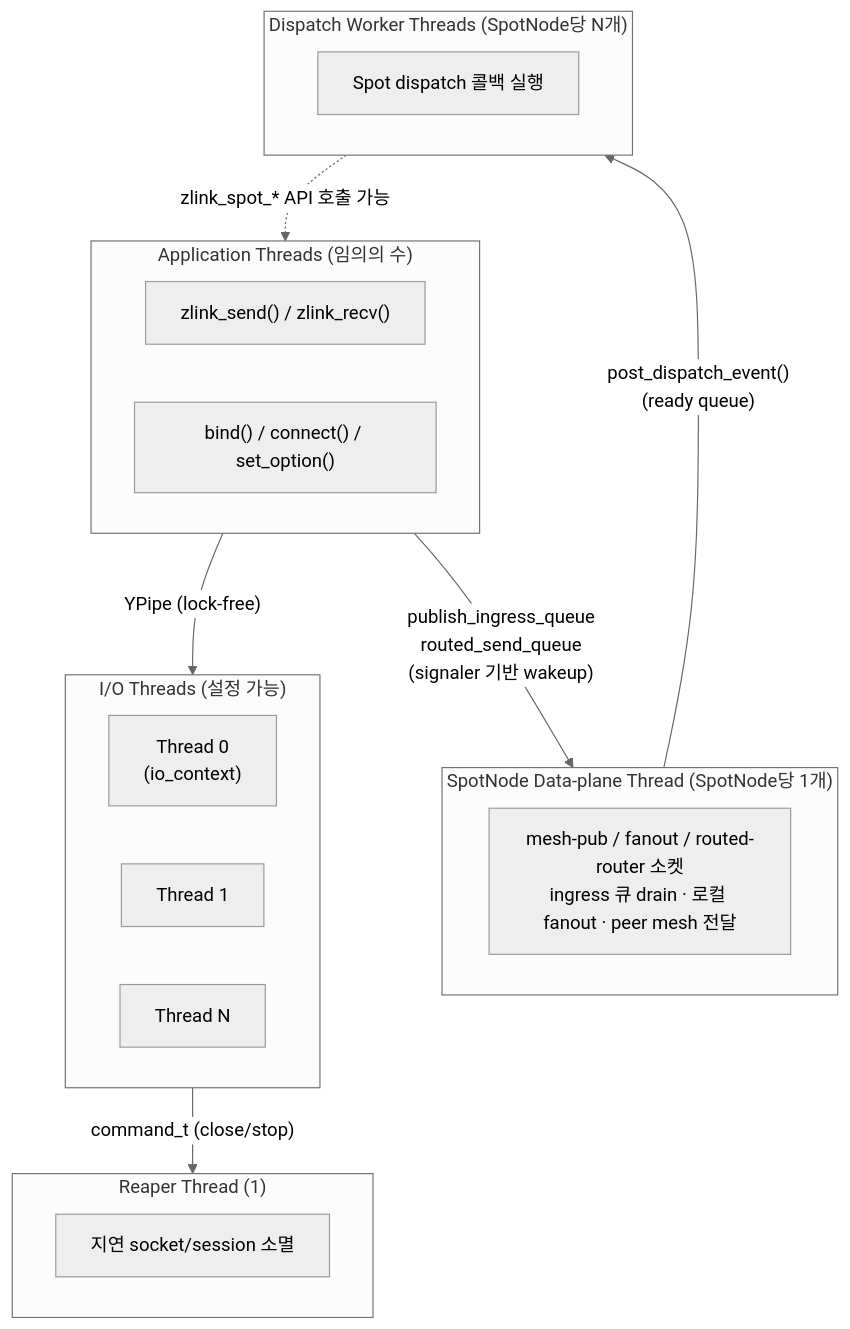
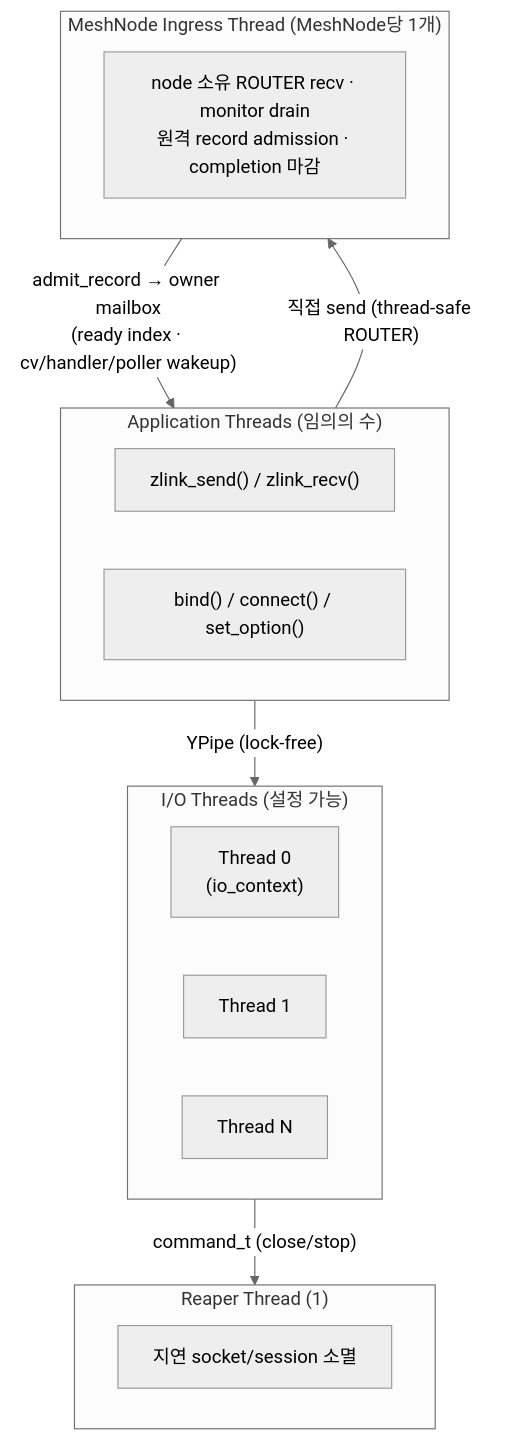
Before and after one commit to kairos-code-dev/zlink: the first of 2 diagrams in core/doc/internals/threading-model.ko.md, drawn with Mermaid (neutral theme). The commit also changed other lines of this file and 58 other files, not shown here.

````diff
--- a/core/doc/internals/threading-model.ko.md
+++ b/core/doc/internals/threading-model.ko.md
@@ -34,28 +34,24 @@
 ```mermaid
 flowchart TB
     subgraph APP["Application Threads (임의의 수)"]
         direction LR
         A1["zlink_send() / zlink_recv()"]
         A2["bind() / connect() / set_option()"]
     end
     subgraph IO["I/O Threads (설정 가능)"]
         direction LR
         T0["Thread 0\n(io_context)"]
         T1["Thread 1"]
         TN["Thread N"]
     end
     subgraph REAPER["Reaper Thread (1)"]
         R1["지연 socket/session 소멸"]
     end
-    subgraph SPOT_DATA["SpotNode Data-plane Thread (SpotNode당 1개)"]
-        DP["mesh-pub / fanout / routed-router 소켓\ningress 큐 drain · 로컬 fanout · peer mesh 전달"]
-    end
-    subgraph SPOT_WORKERS["Dispatch Worker Threads (SpotNode당 N개)"]
-        W1["Spot dispatch 콜백 실행"]
+    subgraph MESH_INGRESS["MeshNode Ingress Thread (MeshNode당 1개)"]
+        MI["node 소유 ROUTER recv · monitor drain\n원격 record admission · completion 마감"]
     end
     APP -- "YPipe (lock-free)" --> IO
     IO -- "command_t (close/stop)" --> REAPER
-    APP -- "publish_ingress_queue\nrouted_send_queue\n(signaler 기반 wakeup)" --> SPOT_DATA
-    SPOT_DATA -- "post_dispatch_event()\n(ready queue)" --> SPOT_WORKERS
-    SPOT_WORKERS -. "zlink_spot_* API 호출 가능" .-> APP
+    APP -- "직접 send (thread-safe ROUTER)" --> MESH_INGRESS
+    MESH_INGRESS -- "admit_record → owner mailbox\n(ready index · cv/handler/poller wakeup)" --> APP
 ```
````
